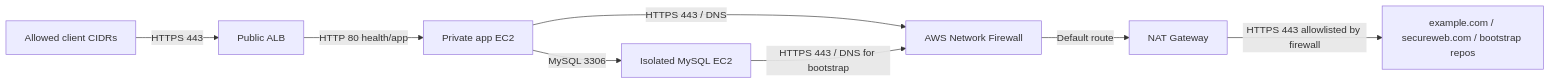
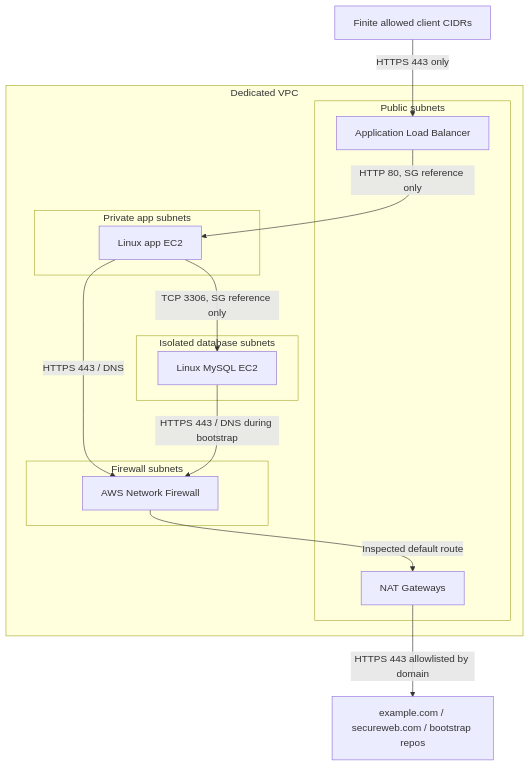
One commit to stanislav-markus/pci-dss changed the diagram in README.md. Above: the diagram before and after it, drawn with Mermaid. The commit also changed other lines of this file, not shown here.

````diff
--- a/README.md
+++ b/README.md
@@ -30,10 +22,30 @@
 ```mermaid
-flowchart LR
-  internet["Allowed client CIDRs"] -->|"HTTPS 443"| alb["Public ALB"]
-  alb -->|"HTTP 80 health/app"| app["Private app EC2"]
-  app -->|"MySQL 3306"| db["Isolated MySQL EC2"]
-  app -->|"HTTPS 443 / DNS"| fw["AWS Network Firewall"]
-  db -->|"HTTPS 443 / DNS for bootstrap"| fw
-  fw -->|"Default route"| nat["NAT Gateway"]
-  nat -->|"HTTPS 443 allowlisted by firewall"| web["example.com / secureweb.com / bootstrap repos"]
+flowchart TB
+  users["Finite allowed client CIDRs"] -->|"HTTPS 443 only"| alb
+
+  subgraph vpc["Dedicated VPC"]
+    subgraph public["Public subnets"]
+      alb["Application Load Balancer"]
+      nat["NAT Gateways"]
+    end
+
+    subgraph firewall_tier["Firewall subnets"]
+      fw["AWS Network Firewall"]
+    end
+
+    subgraph app_tier["Private app subnets"]
+      app["Linux app EC2"]
+    end
+
+    subgraph db_tier["Isolated database subnets"]
+      db["Linux MySQL EC2"]
+    end
+  end
+
+  alb -->|"HTTP 80, SG reference only"| app
+  app -->|"TCP 3306, SG reference only"| db
+  app -->|"HTTPS 443 / DNS"| fw
+  db -->|"HTTPS 443 / DNS during bootstrap"| fw
+  fw -->|"Inspected default route"| nat
+  nat -->|"HTTPS 443 allowlisted by domain"| external["example.com / secureweb.com / bootstrap repos"]
 ```
````
